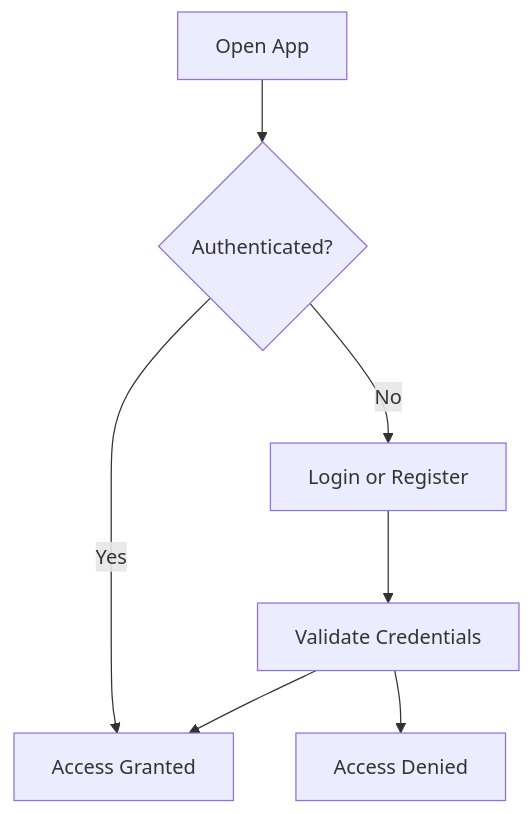
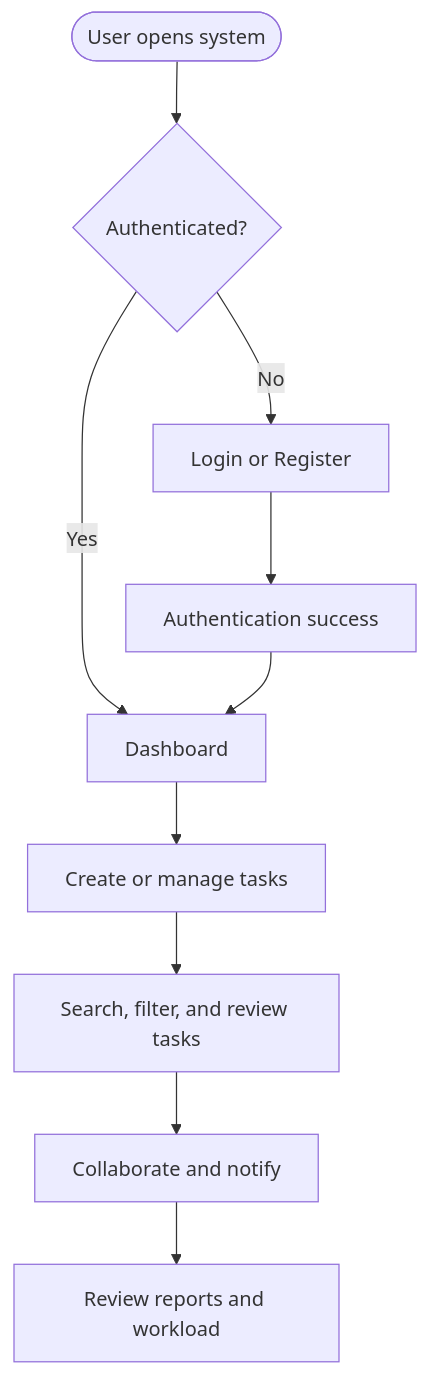
Before and after one commit to isahil94/spec_2_app_login_demo: the diagram in artifacts/requirements/business_process_flows.md, drawn with Mermaid. The commit also changed other lines of this file and 70 other files, not shown here.

````diff
--- a/artifacts/requirements/business_process_flows.md
+++ b/artifacts/requirements/business_process_flows.md
@@ -32,9 +109,12 @@
 ```mermaid
 flowchart TD
-A[Open App] --> B{Authenticated?}
-B -- No --> C[Login or Register]
-C --> D[Validate Credentials]
-D --> E[Access Granted]
-D --> F[Access Denied]
-B -- Yes --> E
+    A([User opens system]) --> B{Authenticated?}
+    B -->|No| C[Login or Register]
+    B -->|Yes| D[Dashboard]
+    C --> E[Authentication success]
+    E --> D
+    D --> F[Create or manage tasks]
+    F --> G[Search, filter, and review tasks]
+    G --> H[Collaborate and notify]
+    H --> I[Review reports and workload]
 ```
````
